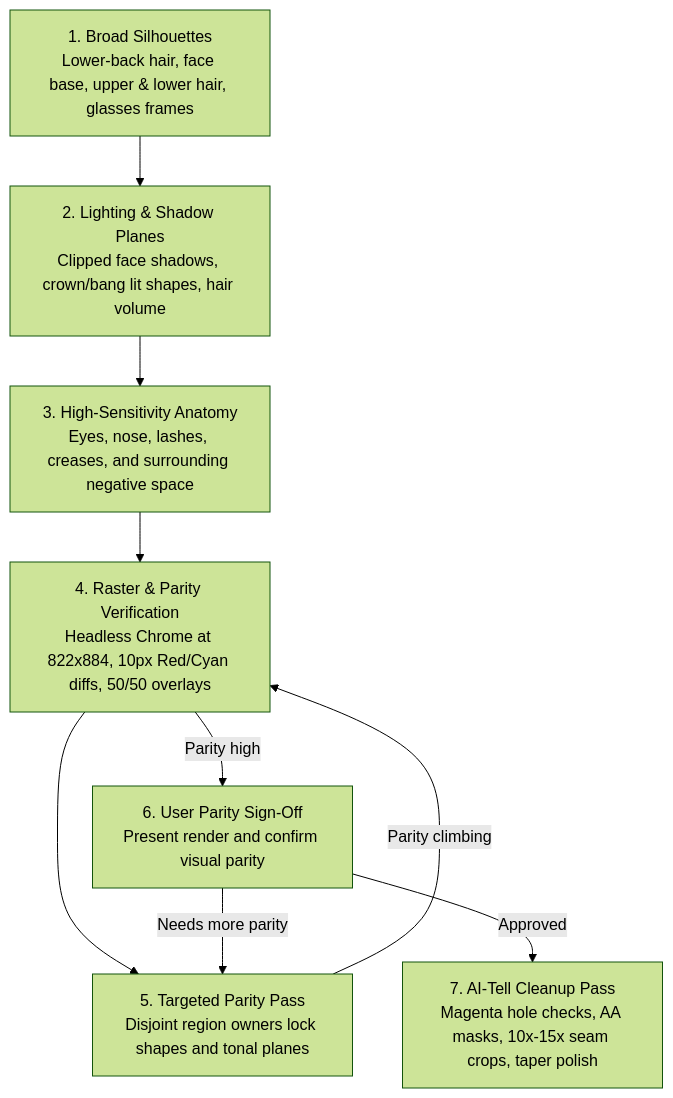
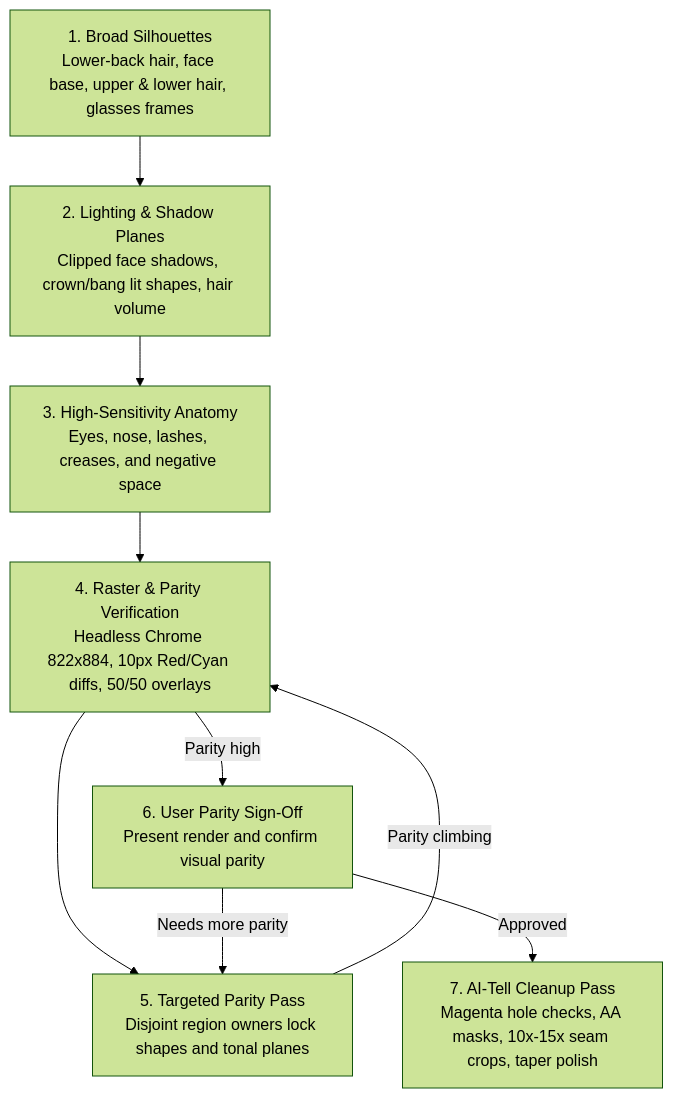
Before and after one commit to 4163/tsubasa-cloud: the diagram in docs/svg-illustration-guide.md, drawn with Mermaid (forest theme). The commit also changed other lines of this file and 8 other files, not shown here.

````diff
--- a/docs/svg-illustration-guide.md
+++ b/docs/svg-illustration-guide.md
@@ -16,11 +16,11 @@
 ```mermaid
 flowchart TD
     Base["1. Broad Silhouettes<br/>Lower-back hair, face base, upper & lower hair, glasses frames"] --> Planes["2. Lighting & Shadow Planes<br/>Clipped face shadows, crown/bang lit shapes, hair volume"]
-    Planes --> Focus["3. High-Sensitivity Anatomy<br/>Eyes, nose, lashes, creases, and surrounding negative space"]
-    Focus --> Verify["4. Raster & Parity Verification<br/>Headless Chrome at 822x884, 10px Red/Cyan diffs, 50/50 overlays"]
+    Planes --> Focus["3. High-Sensitivity Anatomy<br/>Eyes, nose, lashes, creases, and negative space"]
+    Focus --> Verify["4. Raster & Parity Verification<br/>Headless Chrome 822x884, 10px Red/Cyan diffs, 50/50 overlays"]
     Verify --> Split["5. Targeted Parity Pass<br/>Disjoint region owners lock shapes and tonal planes"]
     Split -->|Parity climbing| Verify
     Verify -->|Parity high| Gate["6. User Parity Sign-Off<br/>Present render and confirm visual parity"]
     Gate -->|Needs more parity| Split
     Gate -->|Approved| Cleanup["7. AI-Tell Cleanup Pass<br/>Magenta hole checks, AA masks, 10x-15x seam crops, taper polish"]
 ```
````
